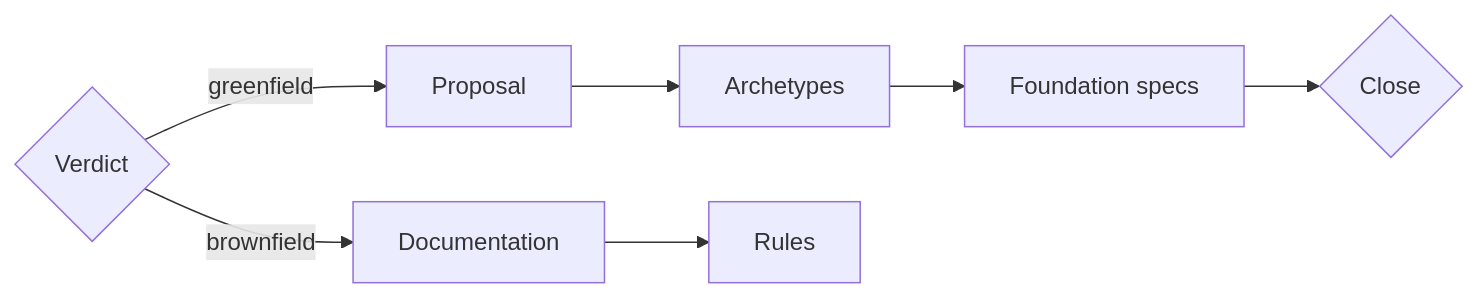
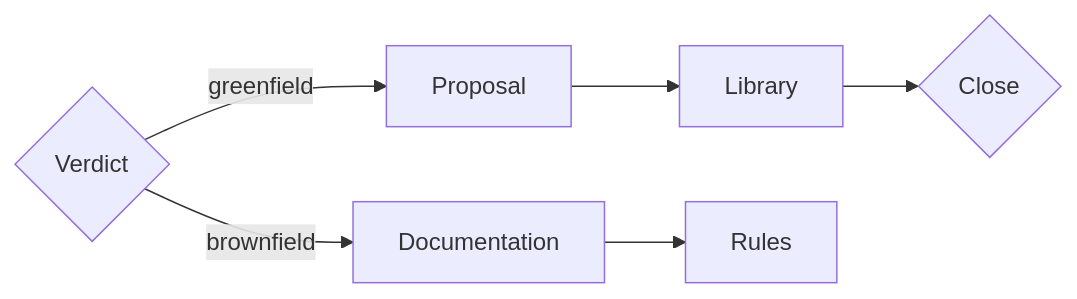
Before and after one commit to AIDDbot/AIDDbot: the diagram in docs/engineering/foundation.md, drawn with Mermaid. The commit also changed other lines of this file and 9 other files, not shown here.

````diff
--- a/docs/engineering/foundation.md
+++ b/docs/engineering/foundation.md
@@ -5,5 +5,5 @@
 ```mermaid
 flowchart LR
-    V{Verdict} -->|greenfield| G[Proposal] --> A[Archetypes] --> S[Foundation specs] --> C{Close}
+    V{Verdict} -->|greenfield| G[Proposal] --> A[Library] --> C{Close}
     V -->|brownfield| D[Documentation] --> R[Rules]
 ```
````
